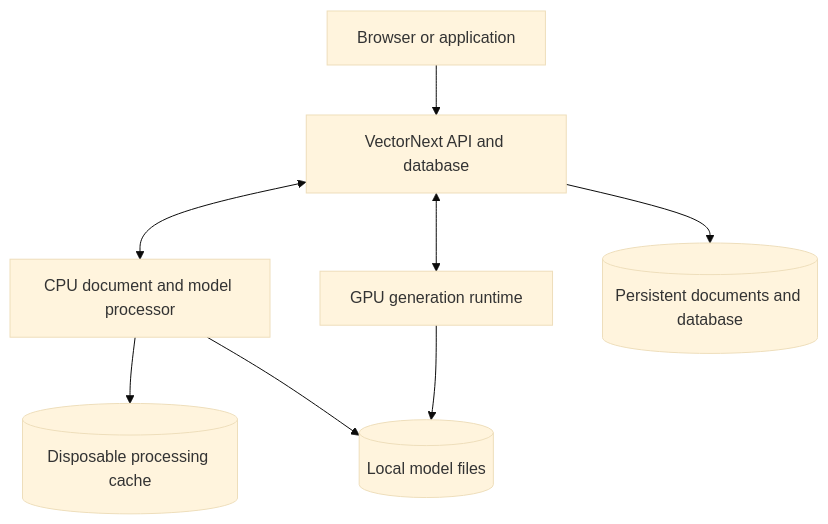
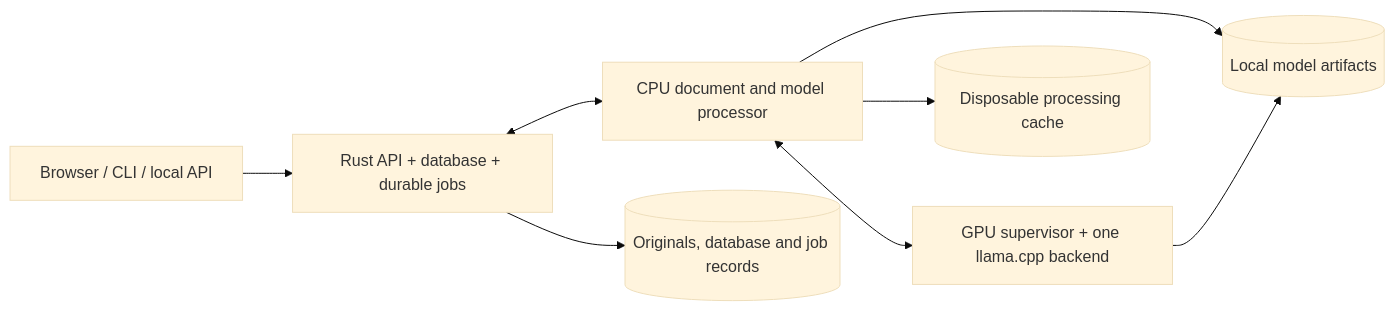
One commit to dpittaluga76/VectorNext changed the diagram in docs/architecture.md. Above: the diagram before and after it, drawn with Mermaid (base theme). The commit also changed other lines of this file and 7 other files, not shown here.

First line of the commit message:
docs: separate current architecture from project history

````diff
--- a/docs/architecture.md
+++ b/docs/architecture.md
@@ -269,10 +25,10 @@
 ```mermaid
-flowchart TD
-    Client[Browser or application] --> Core[VectorNext API and database]
-    Core <--> Processor[CPU document and model processor]
-    Core <--> LLM[GPU generation runtime]
-    Core --> Data[(Persistent documents and database)]
-    Processor --> Cache[(Disposable processing cache)]
-    Processor --> Models[(Local model files)]
-    LLM --> Models
+flowchart LR
+    Client["Browser / CLI / local API"] --> API["Rust API + database + durable jobs"]
+    API <--> CPU["CPU document and model processor"]
+    CPU <--> GPU["GPU supervisor + one llama.cpp backend"]
+    API --> Data[("Originals, database and job records")]
+    CPU --> Cache[("Disposable processing cache")]
+    CPU --> Models[("Local model artifacts")]
+    GPU --> Models
 ```
````
